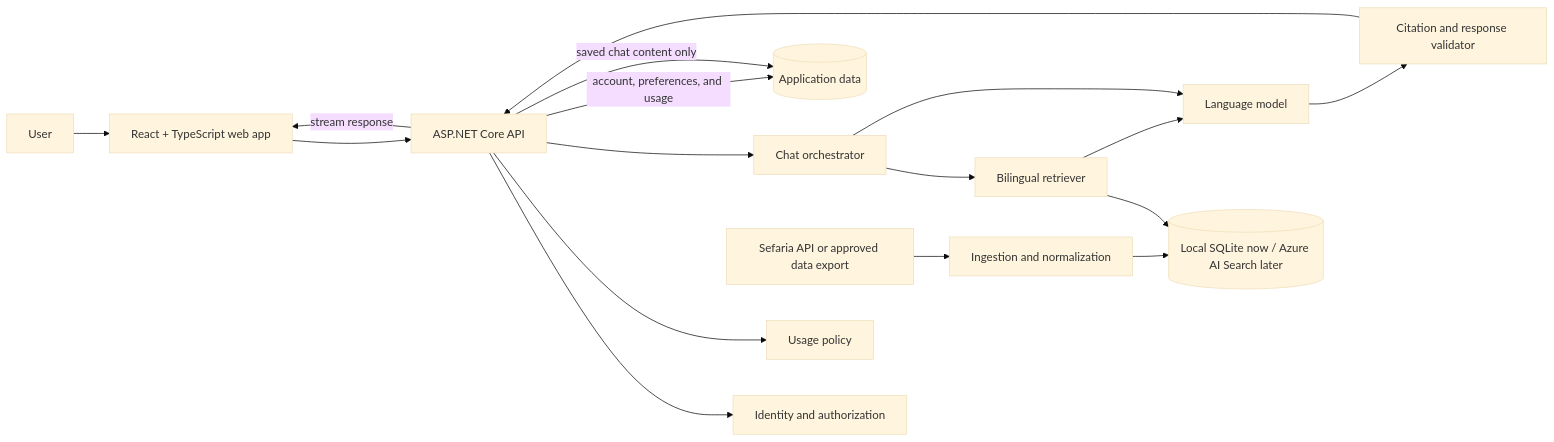
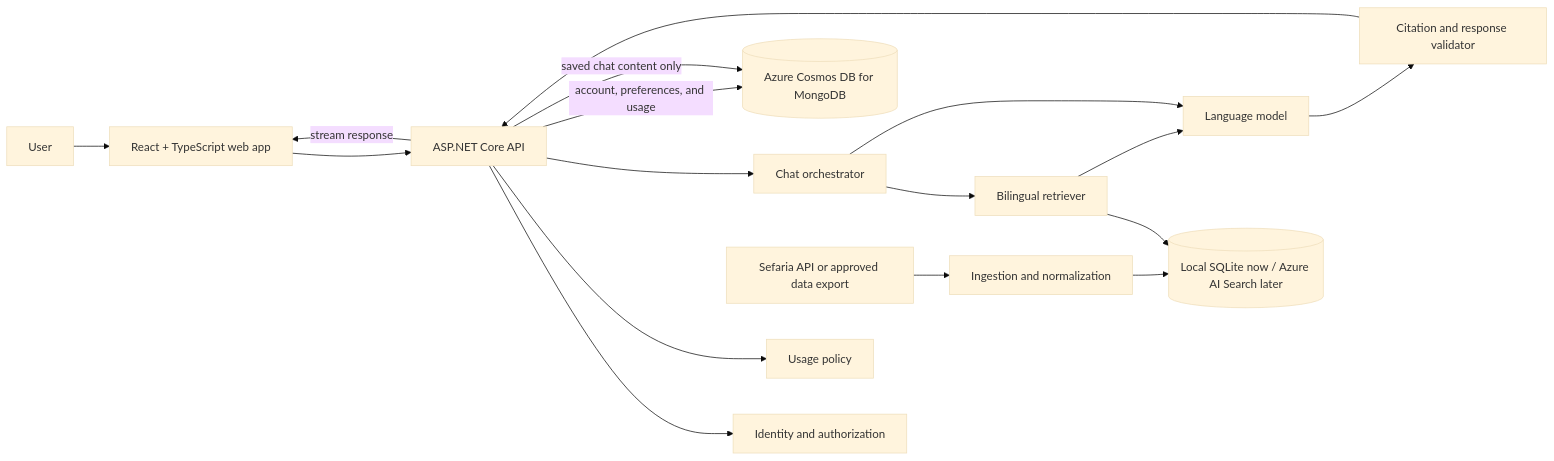
One commit to Amitai5/AskARabbi changed the diagram in docs/TECHNICAL.md. Above: the diagram before and after it, drawn with Mermaid (base theme). The commit also changed other lines of this file and 160 other files, not shown here.

````diff
--- a/docs/TECHNICAL.md
+++ b/docs/TECHNICAL.md
@@ -79,23 +79,23 @@
 ```mermaid
 flowchart LR
     User[User] --> Web[React + TypeScript web app]
     Web --> Api[ASP.NET Core API]
 
     Api --> Identity[Identity and authorization]
     Api --> Usage[Usage policy]
     Api --> Orchestrator[Chat orchestrator]
 
     Orchestrator --> Retriever[Bilingual retriever]
     Retriever --> SourceIndex[(Local SQLite now / Azure AI Search later)]
     Sefaria[Sefaria API or approved data export] --> Ingestion[Ingestion and normalization]
     Ingestion --> SourceIndex
 
     Orchestrator --> Model[Language model]
     Retriever --> Model
     Model --> Validator[Citation and response validator]
     Validator --> Api
 
-    Api -->|account, preferences, and usage| AppData[(Application data)]
+    Api -->|account, preferences, and usage| AppData[(Azure Cosmos DB for MongoDB)]
     Api -->|saved chat content only| AppData
     Api -->|stream response| Web
 ```
````
